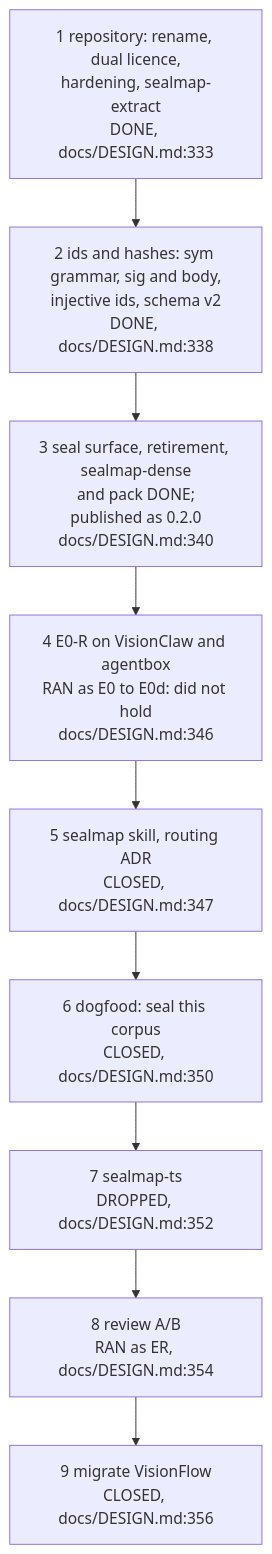
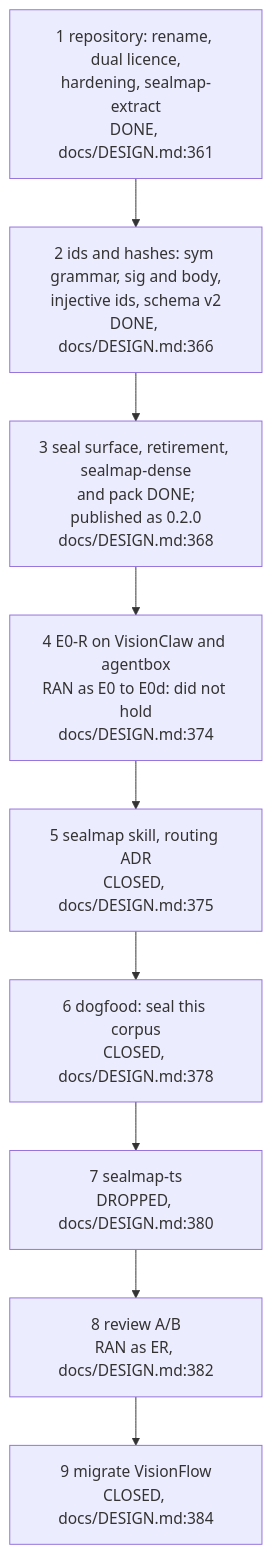
The second of 6 diagrams in docs/diagrams/sealmap/20-design-versus-code.md (DreamLab-AI/VisionFlow), drawn with Mermaid before and after one commit. The commit also changed other lines of this file and 59 other files, not shown here.

First line of the commit message:
docs(diagrams): re-derive and re-stamp forum, website, pod, ontomark and sealmap topics

````diff
--- a/docs/diagrams/sealmap/20-design-versus-code.md
+++ b/docs/diagrams/sealmap/20-design-versus-code.md
@@ -109,13 +111,13 @@
 ```mermaid
 flowchart TB
-    S1["1 repository: rename, dual licence,<br/>hardening, sealmap-extract<br/>DONE, docs/DESIGN.md:333"]
-    S2["2 ids and hashes: sym grammar, sig and body,<br/>injective ids, schema v2<br/>DONE, docs/DESIGN.md:338"]
-    S3["3 seal surface, retirement, sealmap-dense<br/>and pack DONE;<br/>published as 0.2.0<br/>docs/DESIGN.md:340"]
-    S4["4 E0-R on VisionClaw and agentbox<br/>RAN as E0 to E0d: did not hold<br/>docs/DESIGN.md:346"]
-    S5["5 sealmap skill, routing ADR<br/>CLOSED, docs/DESIGN.md:347"]
-    S6["6 dogfood: seal this corpus<br/>CLOSED, docs/DESIGN.md:350"]
-    S7["7 sealmap-ts<br/>DROPPED, docs/DESIGN.md:352"]
-    S8["8 review A/B<br/>RAN as ER, docs/DESIGN.md:354"]
-    S9["9 migrate VisionFlow<br/>CLOSED, docs/DESIGN.md:356"]
+    S1["1 repository: rename, dual licence,<br/>hardening, sealmap-extract<br/>DONE, docs/DESIGN.md:361"]
+    S2["2 ids and hashes: sym grammar, sig and body,<br/>injective ids, schema v2<br/>DONE, docs/DESIGN.md:366"]
+    S3["3 seal surface, retirement, sealmap-dense<br/>and pack DONE;<br/>published as 0.2.0<br/>docs/DESIGN.md:368"]
+    S4["4 E0-R on VisionClaw and agentbox<br/>RAN as E0 to E0d: did not hold<br/>docs/DESIGN.md:374"]
+    S5["5 sealmap skill, routing ADR<br/>CLOSED, docs/DESIGN.md:375"]
+    S6["6 dogfood: seal this corpus<br/>CLOSED, docs/DESIGN.md:378"]
+    S7["7 sealmap-ts<br/>DROPPED, docs/DESIGN.md:380"]
+    S8["8 review A/B<br/>RAN as ER, docs/DESIGN.md:382"]
+    S9["9 migrate VisionFlow<br/>CLOSED, docs/DESIGN.md:384"]
     S1 --> S2 --> S3 --> S4 --> S5 --> S6 --> S7 --> S8 --> S9
 ```
````
